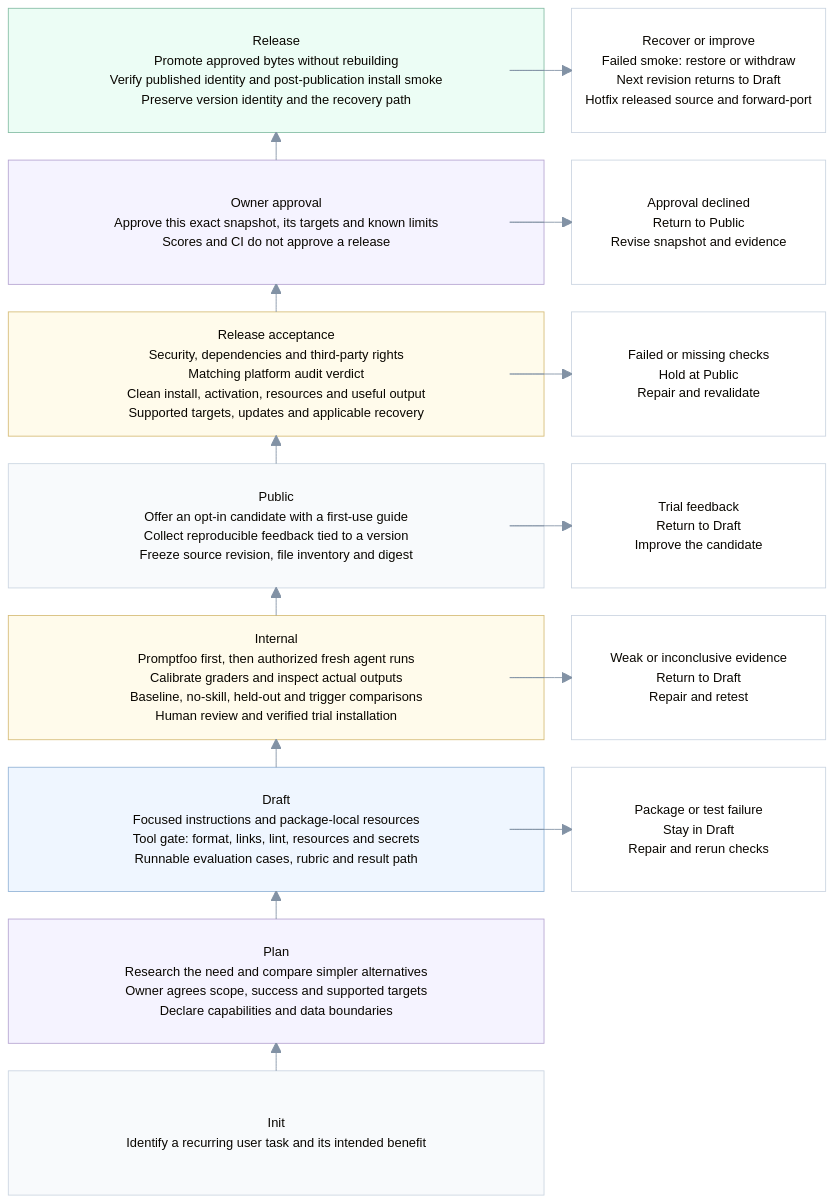
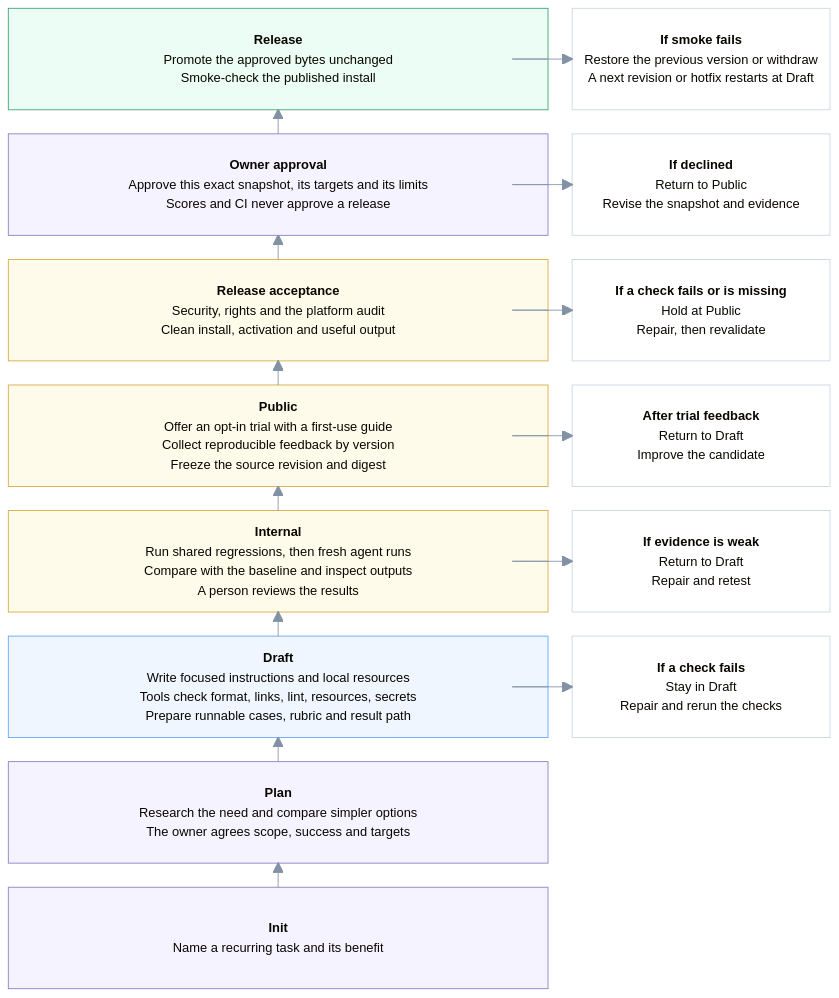
One commit to ClydeShen/skills changed the diagram in knowledge/skill-lifecycle/README.md. Above: the diagram before and after it, drawn with Mermaid. The commit also changed other lines of this file and 2 other files, not shown here.

Commit message:
docs(readme): redesign the project README, the skill README and the lifecycle diagram (#61)
Claude-Session: https://claude.ai/code/session_01SA5kRZNw6HYr8hEBAyUCQE

````diff
--- a/knowledge/skill-lifecycle/README.md
+++ b/knowledge/skill-lifecycle/README.md
@@ -19,66 +19,60 @@
 ```mermaid
-%%{init: {"theme": "base", "block": {"padding": 32}, "fontFamily": "Arial, sans-serif", "themeVariables": {"fontSize": "15px", "lineColor": "#8292A5", "edgeLabelBackground": "#FFFFFF"}}}%%
+%%{init: {"theme": "base", "block": {"padding": 28}, "fontFamily": "Arial, sans-serif", "themeVariables": {"fontSize": "15px", "lineColor": "#8292A5", "edgeLabelBackground": "#FFFFFF"}}}%%
 block-beta
     columns 3
 
-    releaseVersion["Release
-    Promote approved bytes without rebuilding
-    Verify published identity and post-publication install smoke
-    Preserve version identity and the recovery path"]:2
-    maintenance["Recover or improve
-    Failed smoke: restore or withdraw
-    Next revision returns to Draft
-    Hotfix released source and forward-port"]
+    release["<b>Release</b>
+    Promote the approved bytes unchanged
+    Smoke-check the published install"]:2
+    recover["<b>If smoke fails</b>
+    Restore the previous version or withdraw
+    A next revision or hotfix restarts at Draft"]
 
-    approval["Owner approval
-    Approve this exact snapshot, its targets and known limits
-    Scores and CI do not approve a release"]:2
-    declined["Approval declined
+    approval["<b>Owner approval</b>
+    Approve this exact snapshot, its targets and its limits
+    Scores and CI never approve a release"]:2
+    declined["<b>If declined</b>
     Return to Public
-    Revise snapshot and evidence"]
+    Revise the snapshot and evidence"]
 
-    acceptance["Release acceptance
-    Security, dependencies and third-party rights
-    Matching platform audit verdict
-    Clean install, activation, resources and useful output
-    Supported targets, updates and applicable recovery"]:2
-    hold["Failed or missing checks
+    acceptance["<b>Release acceptance</b>
+    Security, rights and the platform audit
+    Clean install, activation and useful output"]:2
+    hold["<b>If a check fails or is missing</b>
     Hold at Public
-    Repair and revalidate"]
+    Repair, then revalidate"]
 
-    publicTrial["Public
-    Offer an opt-in candidate with a first-use guide
-    Collect reproducible feedback tied to a version
-    Freeze source revision, file inventory and digest"]:2
-    feedback["Trial feedback
+    publicTrial["<b>Public</b>
+    Offer an opt-in trial with a first-use guide
+    Collect reproducible feedback by version
+    Freeze the source revision and digest"]:2
+    feedback["<b>After trial feedback</b>
     Return to Draft
     Improve the candidate"]
 
-    internal["Internal
-    Promptfoo first, then authorized fresh agent runs
-    Calibrate graders and inspect actual outputs
-    Baseline, no-skill, held-out and trigger comparisons
-    Human review and verified trial installation"]:2
-    retest["Weak or inconclusive evidence
+    internal["<b>Internal</b>
+    Run shared regressions, then fresh agent runs
+    Compare with the baseline and inspect outputs
+    A person reviews the results"]:2
+    retest["<b>If evidence is weak</b>
     Return to Draft
     Repair and retest"]
 
-    draft["Draft
-    Focused instructions and package-local resources
-    Tool gate: format, links, lint, resources and secrets
-    Runnable evaluation cases, rubric and result path"]:2
-    repair["Package or test failure
+    draft["<b>Draft</b>
+    Write focused instructions and local resources
+    Tools check format, links, lint, resources, secrets
+    Prepare runnable cases, rubric and result path"]:2
+    repair["<b>If a check fails</b>
     Stay in Draft
-    Repair and rerun checks"]
+    Repair and rerun the checks"]
 
-    plan["Plan
-    Research the need and compare simpler alternatives
-    Owner agrees scope, success and supported targets
-    Declare capabilities and data boundaries"]:2
+    plan["<b>Plan</b>
+    Research the need and compare simpler options
+    The owner agrees scope, success and targets"]:2
     space
 
-    idea["Init
-    Identify a recurring user task and its intended benefit"]:2
+    idea["<b>Init</b>
+    Name a recurring task and its benefit"]:2
     space
 
     idea --> plan
@@ -87,25 +81,23 @@
     internal --> publicTrial
     publicTrial --> acceptance
     acceptance --> approval
-    approval --> releaseVersion
+    approval --> release
 
-    releaseVersion --> maintenance
+    release --> recover
     approval --> declined
     acceptance --> hold
     publicTrial --> feedback
     internal --> retest
     draft --> repair
 
-    classDef stage fill:#F8FAFC,stroke:#CBD5E1,color:#243247
-    classDef tool fill:#EFF6FF,stroke:#93B4D7,color:#1E3A5F
-    classDef evidence fill:#FFFBEB,stroke:#D6BC78,color:#59451D
-    classDef human fill:#F5F3FF,stroke:#B6A5D2,color:#493568
-    classDef stable fill:#ECFDF5,stroke:#86BDA5,color:#20543D
-    classDef returnPath fill:#FFFFFF,stroke:#CBD5E1,color:#475569
-    class idea,publicTrial stage
+    classDef person fill:#F5F3FF,stroke:#8B7BC0,color:#3F2D66
+    classDef tool fill:#EFF6FF,stroke:#60A5FA,color:#1E3A5F
+    classDef evidence fill:#FFFBEB,stroke:#D6A93C,color:#59451D
+    classDef stable fill:#ECFDF5,stroke:#34A56F,color:#14532D
+    classDef back fill:#FFFFFF,stroke:#CBD5E1,color:#475569
+    class idea,plan,approval person
     class draft tool
-    class internal,acceptance evidence
-    class plan,approval human
-    class releaseVersion stable
-    class maintenance,declined,hold,feedback,retest,repair returnPath
+    class internal,publicTrial,acceptance evidence
+    class release stable
+    class recover,declined,hold,feedback,retest,repair back
 ```
````
